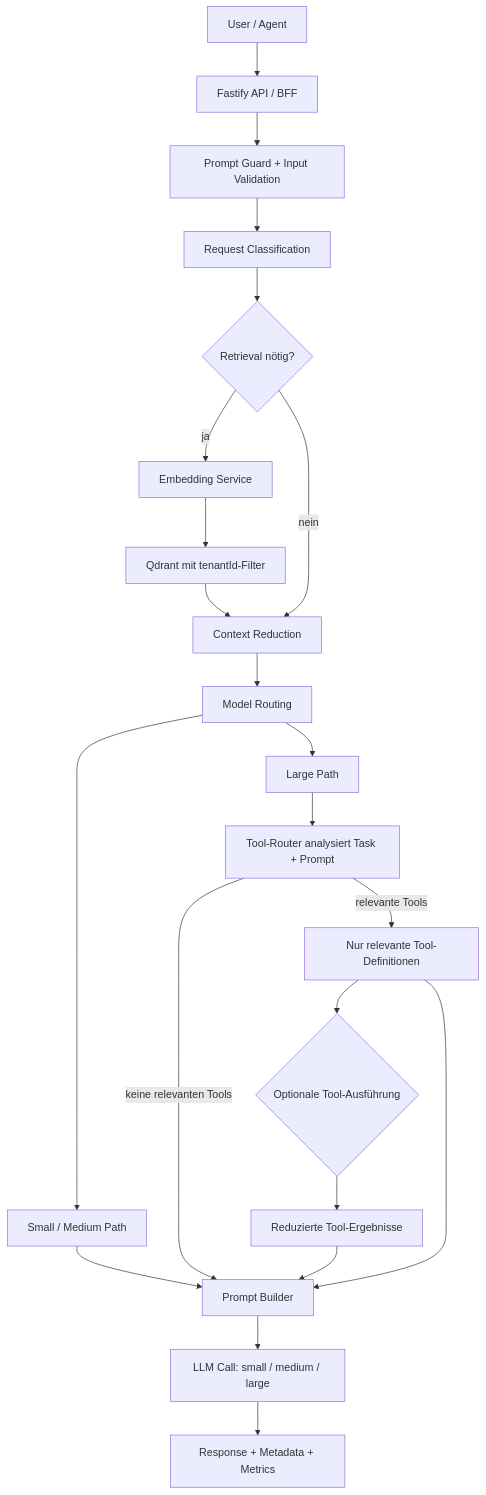
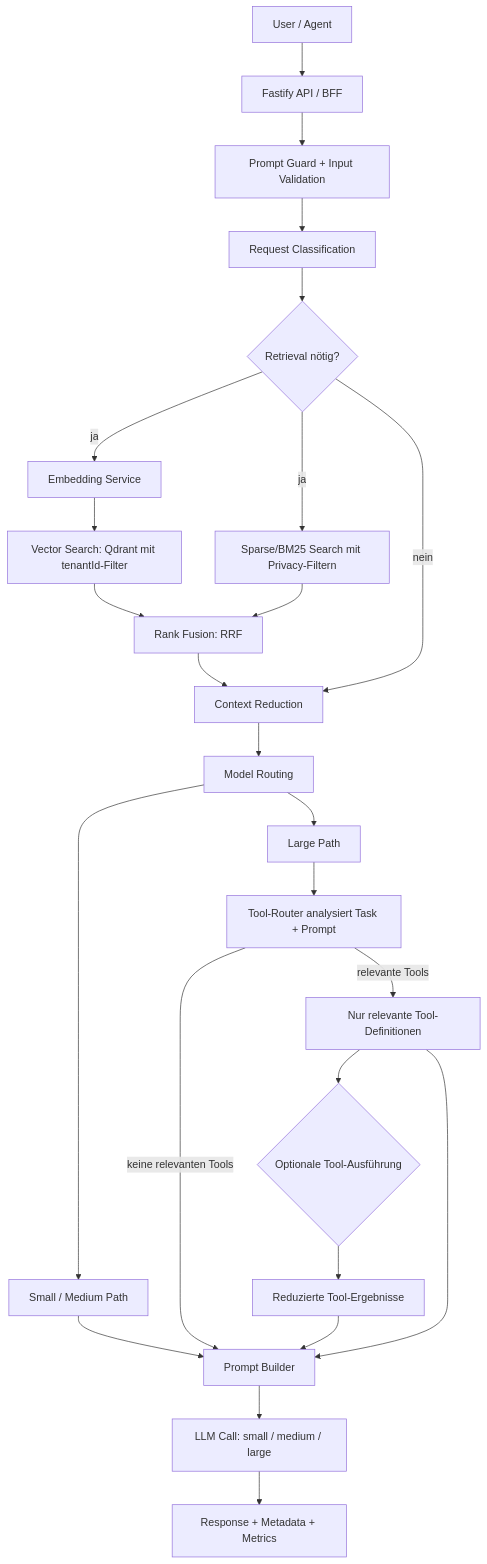
One commit to jan-philippvieth-svg/ai-agent-orchestrator-backend changed the diagram in README.md. Above: the diagram before and after it, drawn with Mermaid. The commit also changed other lines of this file and 33 other files, not shown here.

Commit message:
Add hybrid retrieval with sparse rank fusion

````diff
--- a/README.md
+++ b/README.md
@@ -13,24 +13,27 @@
 ```mermaid
 flowchart TD
   User["User / Agent"] --> API["Fastify API / BFF"]
   API --> Guard["Prompt Guard + Input Validation"]
   Guard --> Classifier["Request Classification"]
   Classifier --> Retrieval{"Retrieval nötig?"}
   Retrieval -- ja --> Embed["Embedding Service"]
-  Embed --> Qdrant["Qdrant mit tenantId-Filter"]
-  Qdrant --> Context["Context Reduction"]
+  Embed --> VectorSearch["Vector Search: Qdrant mit tenantId-Filter"]
+  Retrieval -- ja --> SparseSearch["Sparse/BM25 Search mit Privacy-Filtern"]
+  VectorSearch --> RankFusion["Rank Fusion: RRF"]
+  SparseSearch --> RankFusion
+  RankFusion --> Context["Context Reduction"]
   Retrieval -- nein --> Context
   Context --> Router["Model Routing"]
   Router --> SmallPath["Small / Medium Path"]
   Router --> LargePath["Large Path"]
   LargePath --> ToolRouter["Tool-Router analysiert Task + Prompt"]
   ToolRouter -- "keine relevanten Tools" --> Prompt
   ToolRouter -- "relevante Tools" --> ToolList["Nur relevante Tool-Definitionen"]
   ToolList --> ToolRegistry{"Optionale Tool-Ausführung"}
   ToolRegistry --> ToolResults["Reduzierte Tool-Ergebnisse"]
   SmallPath --> Prompt["Prompt Builder"]
   ToolList --> Prompt
   ToolResults --> Prompt
   Prompt --> LLM["LLM Call: small / medium / large"]
   LLM --> Response["Response + Metadata + Metrics"]
 ```
````
